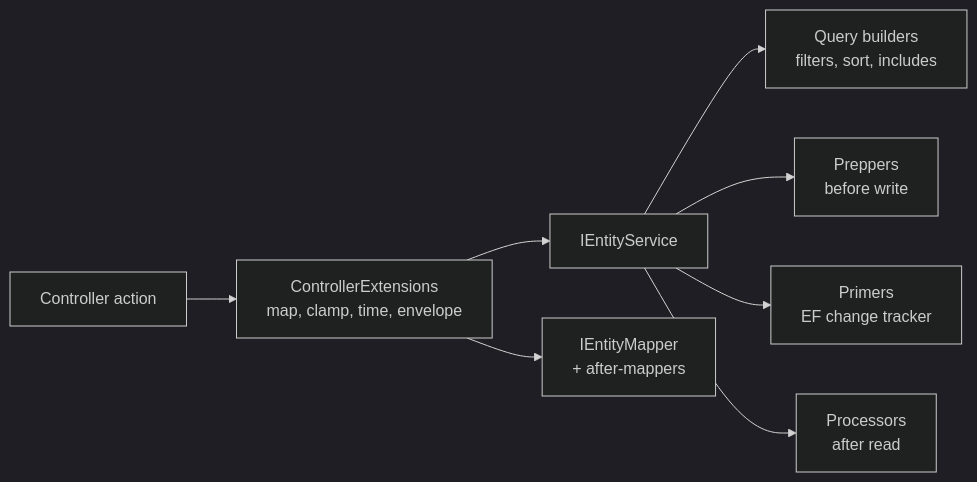
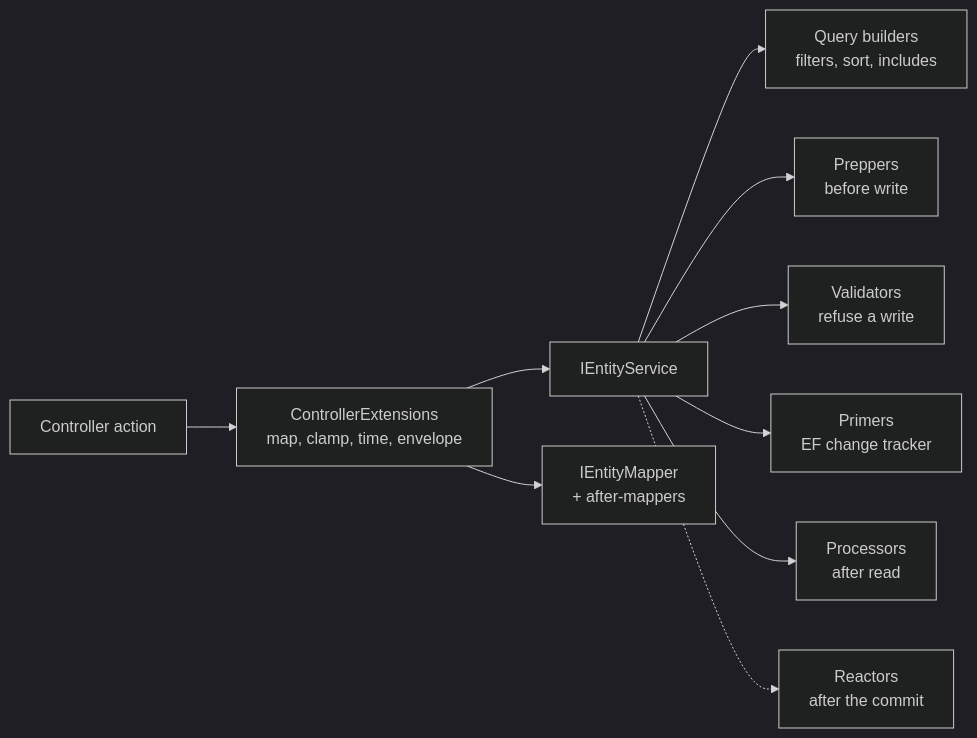
Before and after one commit to Regira/Regira-Packages: the diagram in proposals/mediator-pattern-entities-web.md, drawn with Mermaid (dark theme). The commit also changed other lines of this file and 476 other files, not shown here.

````diff
--- a/proposals/mediator-pattern-entities-web.md
+++ b/proposals/mediator-pattern-entities-web.md
@@ -59,10 +70,12 @@
 ```mermaid
 flowchart LR
     HTTP[Controller action] --> CE[ControllerExtensions<br/>map, clamp, time, envelope]
     CE --> SVC[IEntityService]
     SVC --> QB[Query builders<br/>filters, sort, includes]
     SVC --> PR[Preppers<br/>before write]
+    SVC --> VA[Validators<br/>refuse a write]
     SVC --> PM[Primers<br/>EF change tracker]
     SVC --> PC[Processors<br/>after read]
+    SVC -.-> RE[Reactors<br/>after the commit]
     CE --> MAP[IEntityMapper<br/>+ after-mappers]
 ```
````
